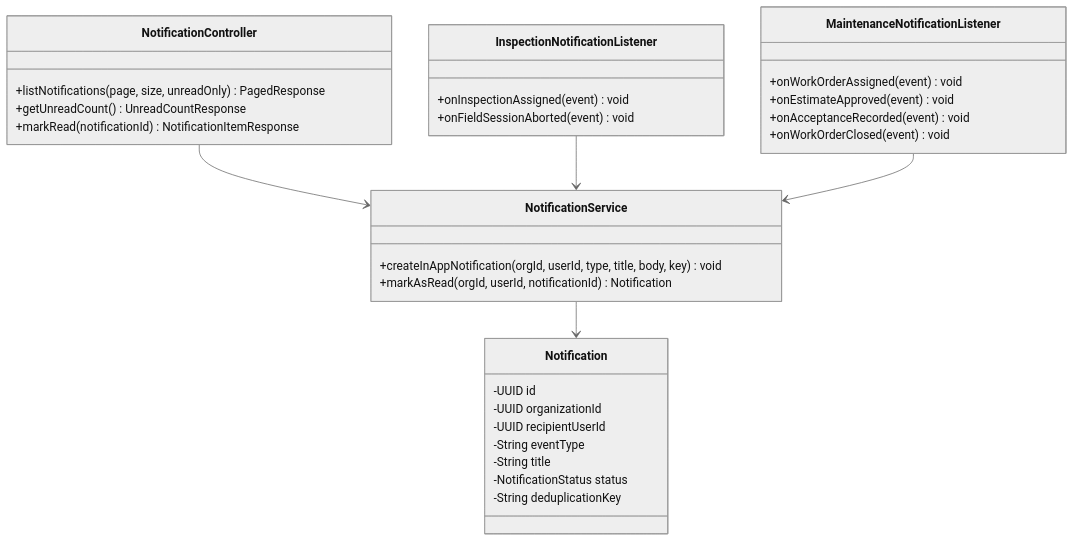
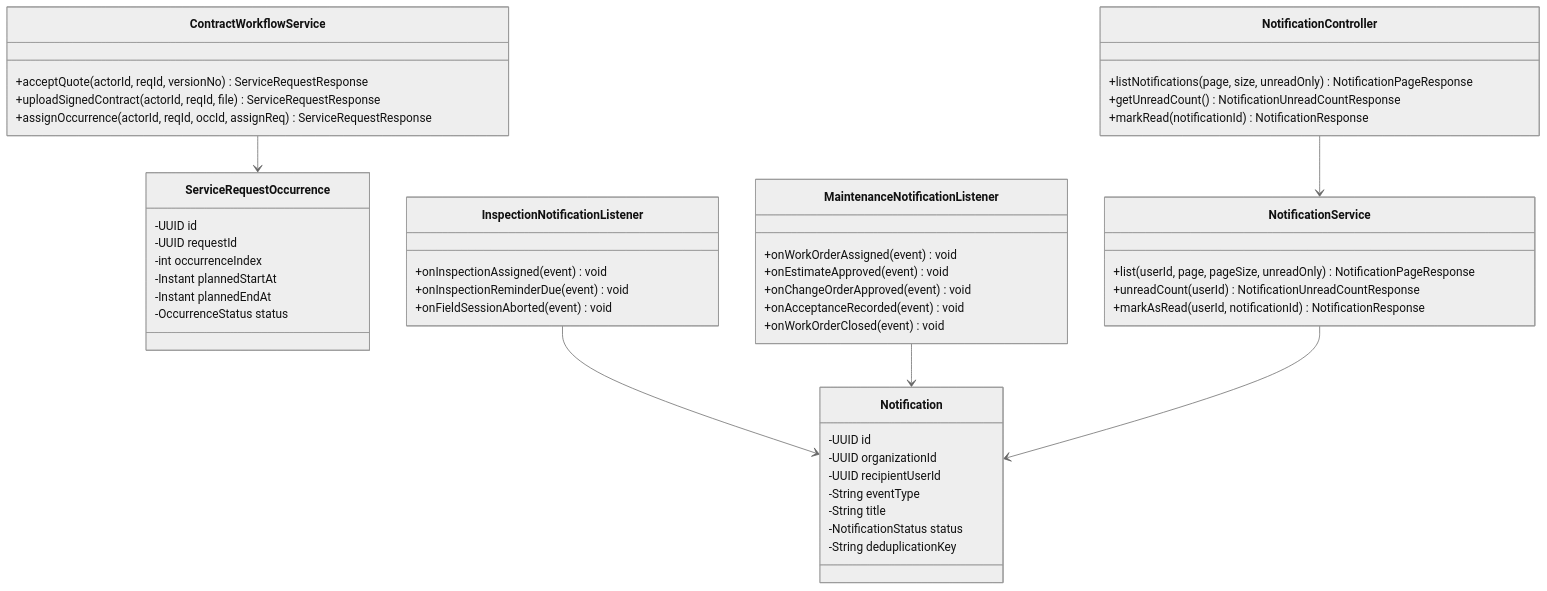
One commit to tungbach12/SmartDroneInspection-Docs changed the eighth of 26 diagrams in reports/report-4-software-design-document/03-detailed-design.md. Above: the diagram before and after it, drawn with Mermaid (neutral theme). The commit also changed other lines of this file and 132 other files, not shown here.

````diff
--- a/reports/report-4-software-design-document/03-detailed-design.md
+++ b/reports/report-4-software-design-document/03-detailed-design.md
@@ -299,36 +375,53 @@
 ```mermaid
 %% title: FE-03 Recurring Occurrences and Notification Inbox Class Diagram
 classDiagram
+  class ContractWorkflowService {
+    +acceptQuote(actorId, reqId, versionNo) ServiceRequestResponse
+    +uploadSignedContract(actorId, reqId, file) ServiceRequestResponse
+    +assignOccurrence(actorId, reqId, occId, assignReq) ServiceRequestResponse
+  }
+  class ServiceRequestOccurrence {
+    -UUID id
+    -UUID requestId
+    -int occurrenceIndex
+    -Instant plannedStartAt
+    -Instant plannedEndAt
+    -OccurrenceStatus status
+  }
   class NotificationController {
-    +listNotifications(page, size, unreadOnly) PagedResponse
-    +getUnreadCount() UnreadCountResponse
-    +markRead(notificationId) NotificationItemResponse
+    +listNotifications(page, size, unreadOnly) NotificationPageResponse
+    +getUnreadCount() NotificationUnreadCountResponse
+    +markRead(notificationId) NotificationResponse
   }
   class NotificationService {
-    +createInAppNotification(orgId, userId, type, title, body, key) void
-    +markAsRead(orgId, userId, notificationId) Notification
+    +list(userId, page, pageSize, unreadOnly) NotificationPageResponse
+    +unreadCount(userId) NotificationUnreadCountResponse
+    +markAsRead(userId, notificationId) NotificationResponse
   }
   class InspectionNotificationListener {
     +onInspectionAssigned(event) void
+    +onInspectionReminderDue(event) void
     +onFieldSessionAborted(event) void
   }
   class MaintenanceNotificationListener {
     +onWorkOrderAssigned(event) void
     +onEstimateApproved(event) void
+    +onChangeOrderApproved(event) void
     +onAcceptanceRecorded(event) void
     +onWorkOrderClosed(event) void
   }
   class Notification {
     -UUID id
     -UUID organizationId
     -UUID recipientUserId
     -String eventType
     -String title
     -NotificationStatus status
     -String deduplicationKey
   }
+  ContractWorkflowService --> ServiceRequestOccurrence
   NotificationController --> NotificationService
-  InspectionNotificationListener --> NotificationService
-  MaintenanceNotificationListener --> NotificationService
+  InspectionNotificationListener --> Notification
+  MaintenanceNotificationListener --> Notification
   NotificationService --> Notification
 ```
````
